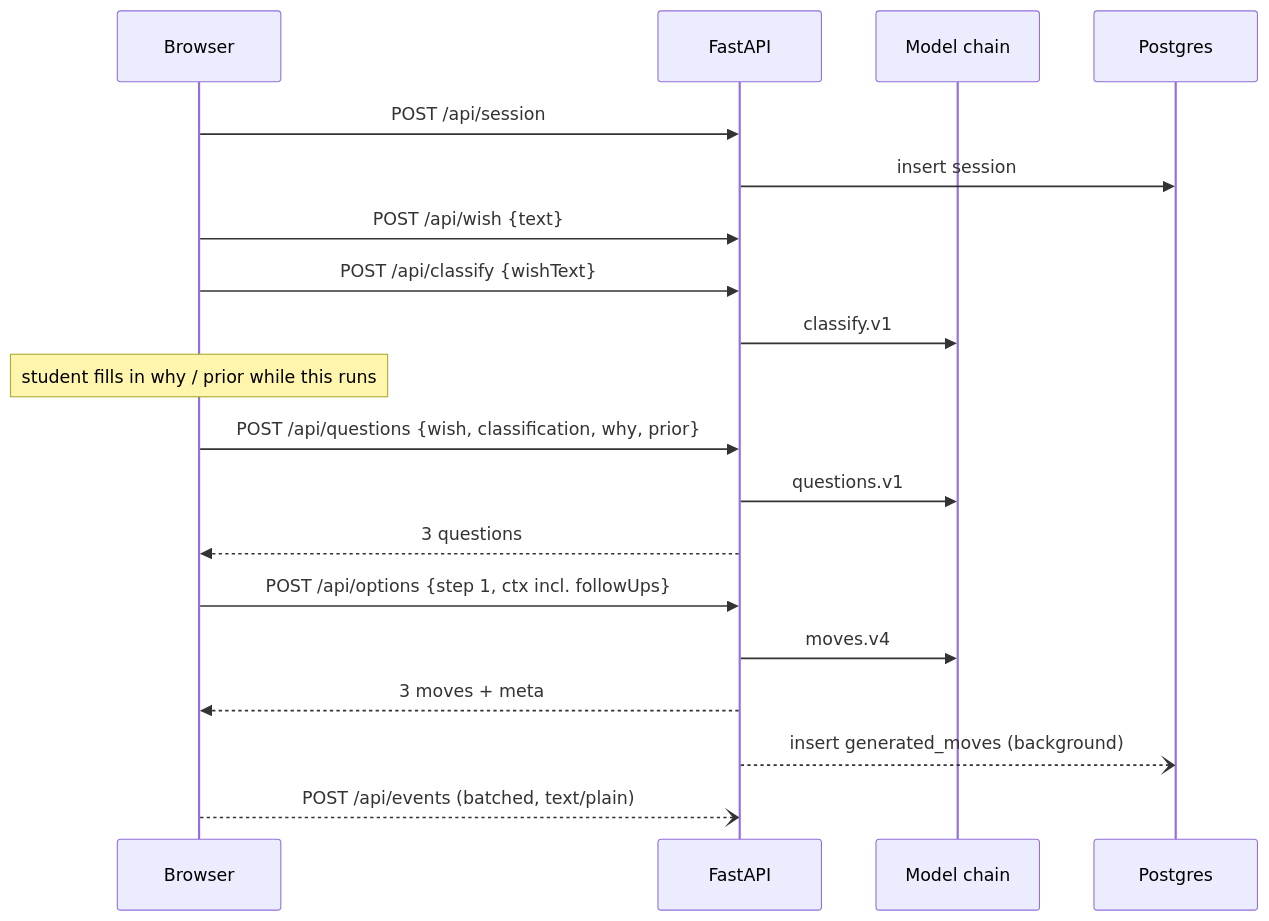
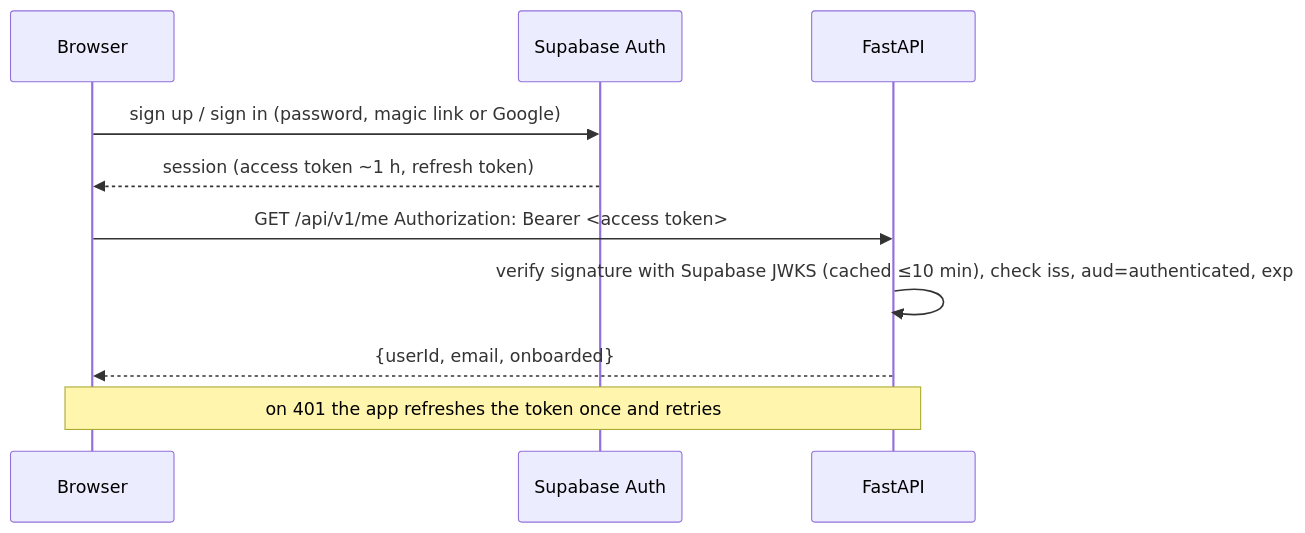
Before and after one commit to JBarroqu/Capstone_IEEE_Impact: the second of 2 diagrams in docs/ARCHITECTURE.md, drawn with Mermaid. The commit also changed other lines of this file and 34 other files, not shown here.

First line of the commit message:
Phase 0: integration architecture and decision docs

````diff
--- a/docs/ARCHITECTURE.md
+++ b/docs/ARCHITECTURE.md
@@ -91,21 +91,12 @@
 ```mermaid
 sequenceDiagram
   participant B as Browser
-  participant API as FastAPI
-  participant M as Model chain
-  participant DB as Postgres
-  B->>API: POST /api/session
-  API->>DB: insert session
-  B->>API: POST /api/wish {text}
-  B->>API: POST /api/classify {wishText}
-  API->>M: classify.v1
-  Note over B: student fills in why / prior while this runs
-  B->>API: POST /api/questions {wish, classification, why, prior}
-  API->>M: questions.v1
-  API-->>B: 3 questions
-  B->>API: POST /api/options {step 1, ctx incl. followUps}
-  API->>M: moves.v4
-  API-->>B: 3 moves + meta
-  API--)DB: insert generated_moves (background)
-  B--)API: POST /api/events (batched, text/plain)
+  participant S as Supabase Auth
+  participant A as FastAPI
+  B->>S: sign up / sign in (password, magic link or Google)
+  S-->>B: session (access token ~1 h, refresh token)
+  B->>A: GET /api/v1/me  Authorization: Bearer <access token>
+  A->>A: verify signature with Supabase JWKS (cached ≤10 min), check iss, aud=authenticated, exp
+  A-->>B: {userId, email, onboarded}
+  Note over B,A: on 401 the app refreshes the token once and retries
 ```
````
